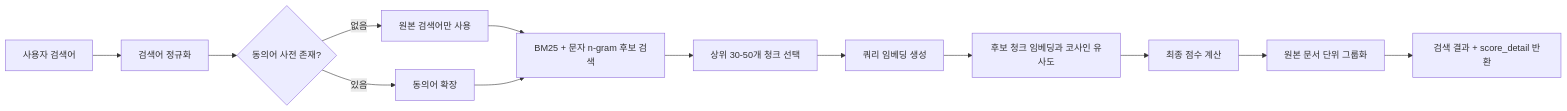
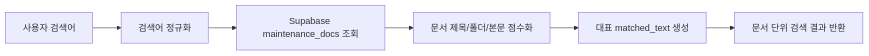
Before and after one commit to Kimajun0919/HK-maintenance: the first of 2 diagrams in backend/RAG_README.md, drawn with Mermaid. The commit also changed other lines of this file and 2 other files, not shown here.

````diff
--- a/backend/RAG_README.md
+++ b/backend/RAG_README.md
@@ -25,15 +118,8 @@
 ```mermaid
 flowchart LR
     U[사용자 검색어] --> N[검색어 정규화]
-    N --> S{동의어 사전 존재?}
-    S -- 없음 --> O[원본 검색어만 사용]
-    S -- 있음 --> E[동의어 확장]
-    O --> C[BM25 + 문자 n-gram 후보 검색]
-    E --> C
-    C --> K[상위 30-50개 청크 선택]
-    K --> Q[쿼리 임베딩 생성]
-    Q --> R[후보 청크 임베딩과 코사인 유사도]
-    R --> F[최종 점수 계산]
-    F --> G[원본 문서 단위 그룹화]
-    G --> A[검색 결과 + score_detail 반환]
+    N --> DB[Supabase maintenance_docs 조회]
+    DB --> S[문서 제목/폴더/본문 점수화]
+    S --> C[대표 matched_text 생성]
+    C --> R[문서 단위 검색 결과 반환]
 ```
````
